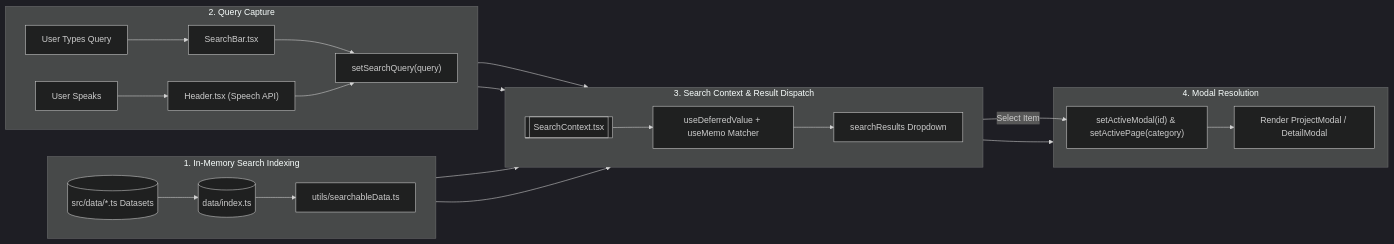
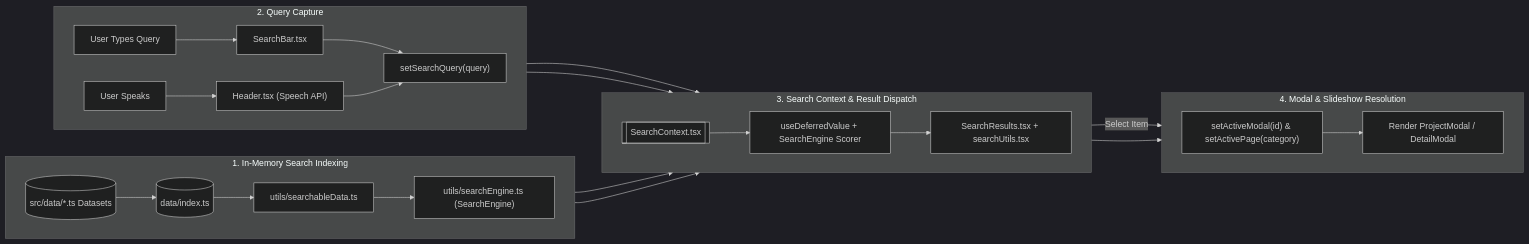
One commit to kxnghans/kxnghans.github.io changed the third of 5 diagrams in docs/architecture.md. Above: the diagram before and after it, drawn with Mermaid (dark theme). The commit also changed other lines of this file and 15 other files, not shown here.

Commit message:
feat(search): implement in-memory weighted search engine and refine architectural documentation suite

````diff
--- a/docs/architecture.md
+++ b/docs/architecture.md
@@ -106,37 +111,39 @@
 ```mermaid
 flowchart LR
     %% Data Preparation Pipeline
     subgraph DataPipeline["1. In-Memory Search Indexing"]
         direction LR
         DataFiles[("src/data/*.ts Datasets")] --> BarrelExport[("data/index.ts")]
         BarrelExport --> SearchableUtil["utils/searchableData.ts"]
+        SearchableUtil --> EngineInst["utils/searchEngine.ts (SearchEngine)"]
     end
 
     %% User Input Pipeline
     subgraph InputPipeline["2. Query Capture"]
         direction LR
         TextInput["User Types Query"] --> SearchBar["SearchBar.tsx"]
         VoiceInput["User Speaks"] --> MicButton["Header.tsx (Speech API)"]
         SearchBar --> UpdateQuery["setSearchQuery(query)"]
         MicButton --> UpdateQuery
     end
 
     %% Context Filtering
     subgraph FilterPipeline["3. Search Context & Result Dispatch"]
         direction LR
         UpdateQuery --> ContextState[["SearchContext.tsx"]]
-        SearchableUtil --> ContextState
-        ContextState --> FilterAction["useDeferredValue + useMemo Matcher"]
-        FilterAction --> OutputResults["searchResults Dropdown"]
+        EngineInst --> ContextState
+        ContextState --> FilterAction["useDeferredValue + SearchEngine Scorer"]
+        FilterAction --> OutputResults["SearchResults.tsx + searchUtils.tsx"]
     end
 
     %% Action
-    subgraph ActionPipeline["4. Modal Resolution"]
+    subgraph ActionPipeline["4. Modal & Slideshow Resolution"]
+        direction LR
         OutputResults -- "Select Item" --> OpenModal["setActiveModal(id) & setActivePage(category)"]
         OpenModal --> RenderModal["Render ProjectModal / DetailModal"]
     end
 
     DataPipeline --> FilterPipeline
     InputPipeline --> FilterPipeline
     FilterPipeline --> ActionPipeline
 ```
````
